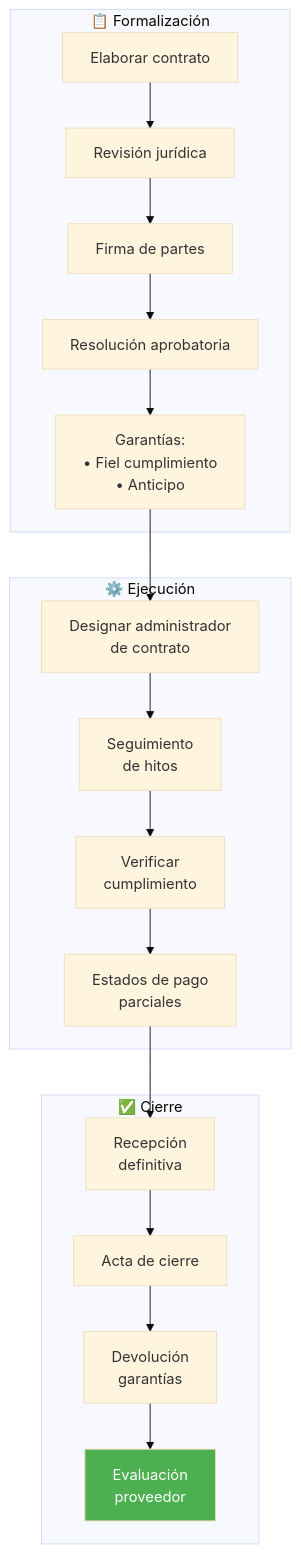
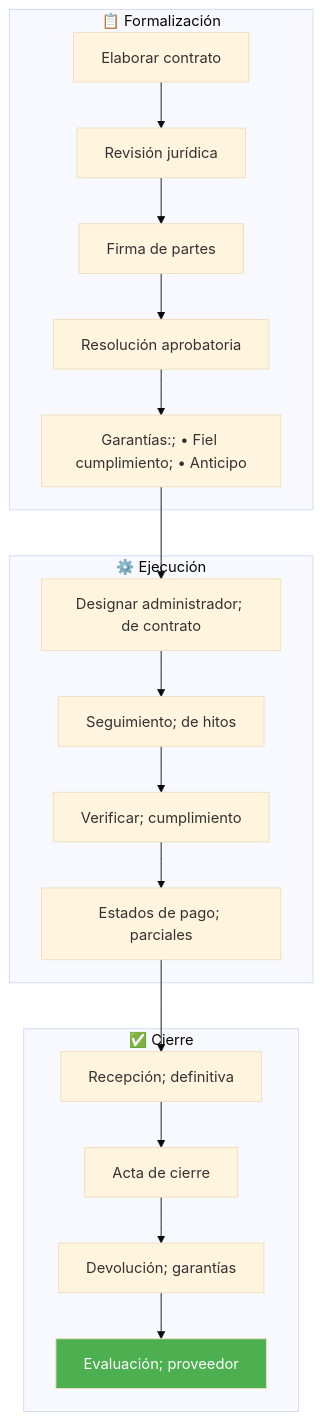
The sixth of 6 diagrams in drafts/gn/bpmn/bpmn-d04-compras-contrataciones.md (felix-antonio-sl/kora), drawn with Mermaid (base theme) before and after one commit. The commit also changed other lines of this file and 265 other files, not shown here.

````diff
--- a/drafts/gn/bpmn/bpmn-d04-compras-contrataciones.md
+++ b/drafts/gn/bpmn/bpmn-d04-compras-contrataciones.md
@@ -197,24 +227,28 @@
 ```mermaid
 flowchart TD
-    subgraph FORMALIZACION["📋 Formalización"]
-        A["Elaborar contrato"]
-        B["Revisión jurídica"]
-        C["Firma de partes"]
-        D["Resolución aprobatoria"]
-        E["Garantías:<br/>• Fiel cumplimiento<br/>• Anticipo"]
-    end
-    subgraph EJECUCION["⚙️ Ejecución"]
-        F["Designar administrador<br/>de contrato"]
-        G["Seguimiento<br/>de hitos"]
-        H["Verificar<br/>cumplimiento"]
-        I["Estados de pago<br/>parciales"]
-    end
-    subgraph CIERRE["✅ Cierre"]
-        J["Recepción<br/>definitiva"]
-        K["Acta de cierre"]
-        L["Devolución<br/>garantías"]
-        M["Evaluación<br/>proveedor"]
-    end
-    A --> B --> C --> D --> E --> F --> G --> H --> I --> J --> K --> L --> M
-    style M fill:#4CAF50,color:#fff
+ subgraph FORMALIZACION["📋 Formalización"]
+ A["Elaborar contrato"]
+ B["Revisión jurídica"]
+ C["Firma de partes"]
+ D["Resolución aprobatoria"]
+ E["Garantías:; • Fiel cumplimiento; • Anticipo"]
+ end
+
+ subgraph EJECUCION["⚙️ Ejecución"]
+ F["Designar administrador; de contrato"]
+ G["Seguimiento; de hitos"]
+ H["Verificar; cumplimiento"]
+ I["Estados de pago; parciales"]
+ end
+
+ subgraph CIERRE["✅ Cierre"]
+ J["Recepción; definitiva"]
+ K["Acta de cierre"]
+ L["Devolución; garantías"]
+ M["Evaluación; proveedor"]
+ end
+
+ A --> B --> C --> D --> E --> F --> G --> H --> I --> J --> K --> L --> M
+
+ style M fill:#4CAF50,color:#fff
 ```
````
